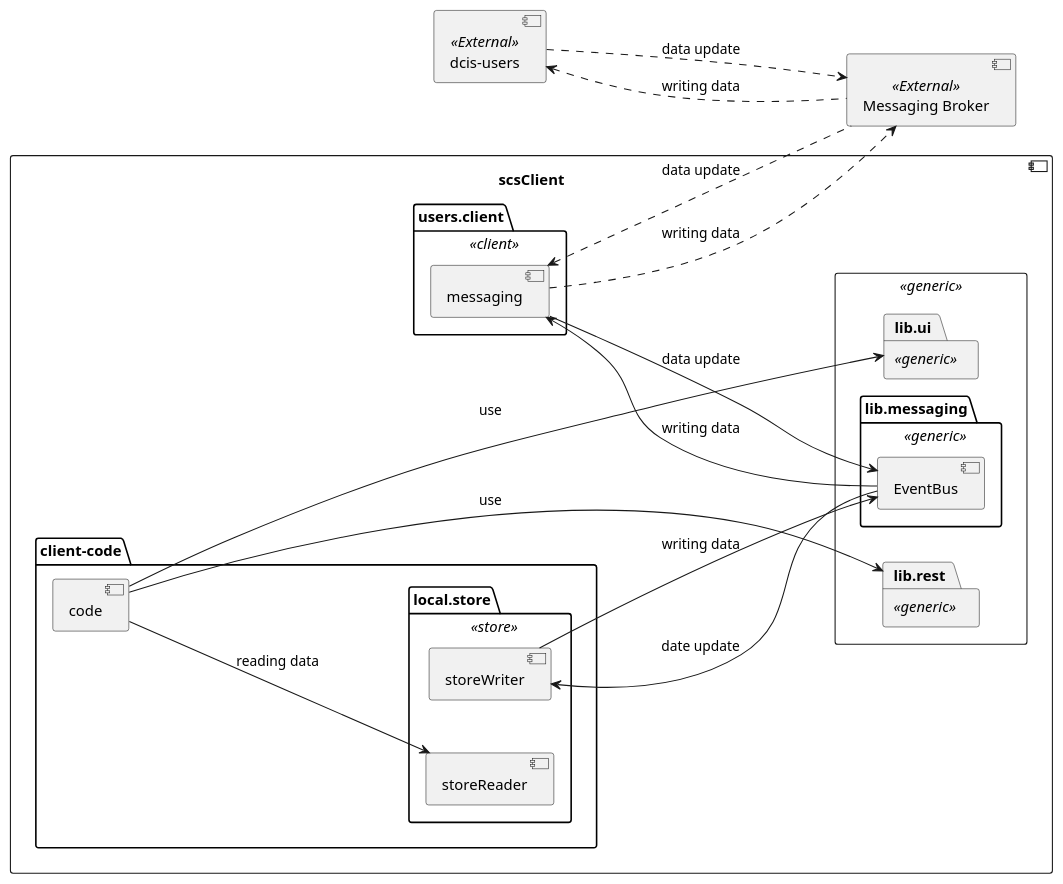
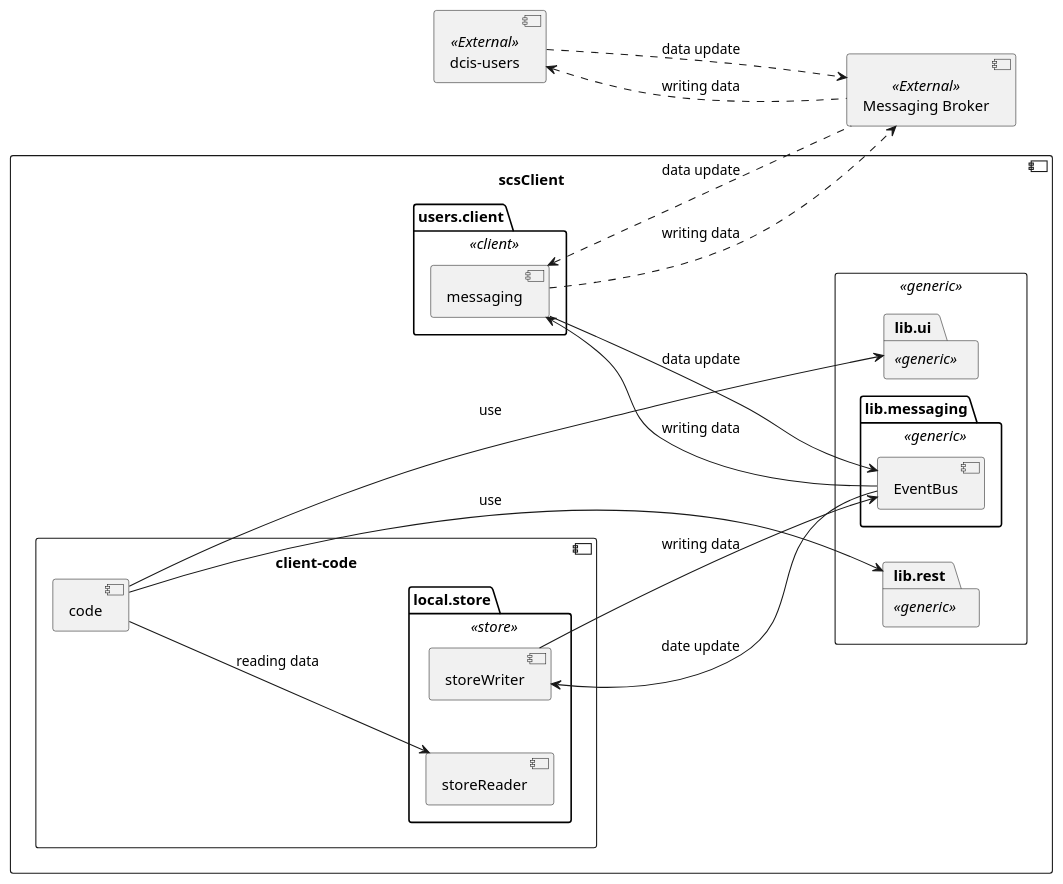
The second of 2 diagrams in src/main/docs/architecture/modules/arc42/pages/08_concepts/asynchronus-data-handling.adoc (Paladins-Inn/torganized-play-architecture), drawn with PlantUML before and after one commit. The commit also changed other lines of this file, not shown here.

Commit message:
client code is now a component instead of a package.

```diff
--- a/src/main/docs/architecture/modules/arc42/pages/08_concepts/asynchronus-data-handling.adoc
+++ b/src/main/docs/architecture/modules/arc42/pages/08_concepts/asynchronus-data-handling.adoc
@@ -127,58 +127,58 @@
 [plantuml, asynchronous-data-orchestration-local, svg]
 ----
 @startuml
 left to right direction
 skinparam actorStyle awesome
 skinparam nodesep 50
 skinparam ranksep 200
 
 component scsClient as Client {
-  package "client-code" as scsClientCode {
+  component "client-code" as scsClientCode {
     component code
 
     package local.store << store >> {
       component storeWriter as data.writer
       component storeReader as data.reader
     }
   }
 
   rectangle << generic >> {
     package lib.messaging << generic >> {
       component EventBus as bus
     }
 
     package lib.rest << generic >> {
     }
 
     package lib.ui << generic >> {
     }
   }
 
   package users.client << client >> {
     component messaging as amqp
   }
 
 }
 
 together {
   component "Messaging Broker" as broker << External >>
   component "dcis-users" as scsUser << External >>
 }
 
 amqp --> bus : data update
 data.writer <-- bus : date update
 
 code --> lib.rest : use
 code --> lib.ui : use
 code --> data.reader : reading data
 data.writer --> bus : writing data
 
 bus --> amqp : writing data
 
 broker <.up. scsUser : data update
 broker .up.> scsUser : writing data
 amqp <.. broker : data update
 amqp ..> broker : writing data
 
 @enduml
 ----
```
